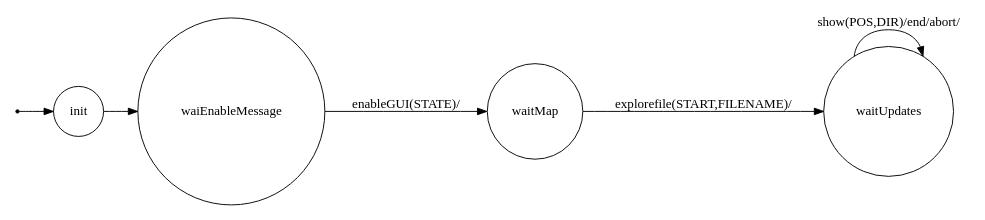
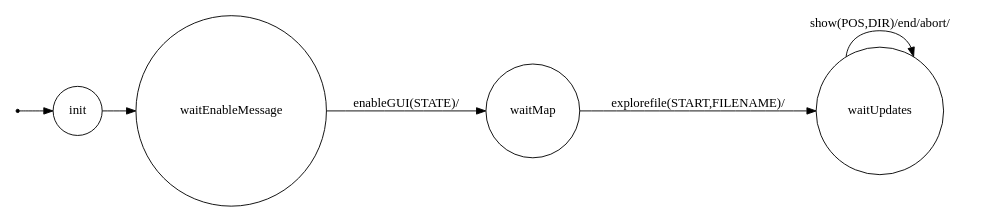
The diagram in SCOUT PROJECT 2017/it.unibo.iot.pasquali.scout.Robot/srcMore/it/unibo/guimanager/dotFsm.gv (dariopasquali/IOT_Planning), drawn with Graphviz before and after one commit. The commit also changed 20 other files, not shown here.

```diff
--- a/SCOUT PROJECT 2017/it.unibo.iot.pasquali.scout.Robot/srcMore/it/unibo/guimanager/dotFsm.gv
+++ b/SCOUT PROJECT 2017/it.unibo.iot.pasquali.scout.Robot/srcMore/it/unibo/guimanager/dotFsm.gv
@@ -1,26 +1,26 @@
 /*
 *
 * A GraphViz DOT FSM description 
 * Please use a GraphViz visualizer (like http://www.webgraphviz.com)
 * 
 * Generated by AM,NC,RM
 *  
 */
  
 digraph finite_state_machine {
   	rankdir=LR;
   	size="8,5"
   	node [shape = point]; iniziale;
   	node [shape = doublecircle]; 
   	node [shape = circle];
   	iniziale -> init [label = ""];
   	
   	
-  	init -> waiEnableMessage [ label = ""];
+  	init -> waitEnableMessage [ label = ""];
   	
-  	waiEnableMessage -> waitMap [ label = "enableGUI(STATE)/"];
+  	waitEnableMessage -> waitMap [ label = "enableGUI(STATE)/"];
   	
   	waitMap -> waitUpdates [ label = "explorefile(START,FILENAME)/"];
   	
   	waitUpdates -> waitUpdates [ label = "show(POS,DIR)/end/abort/"];
 }
```
